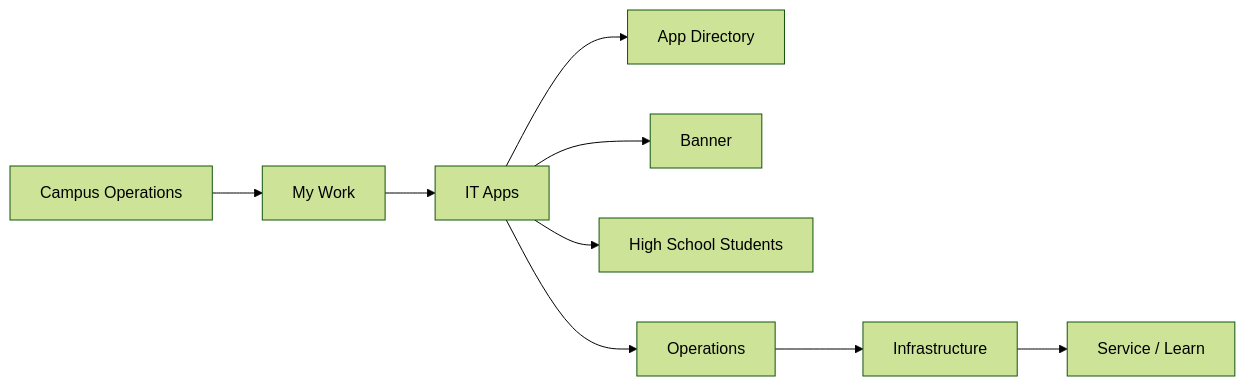
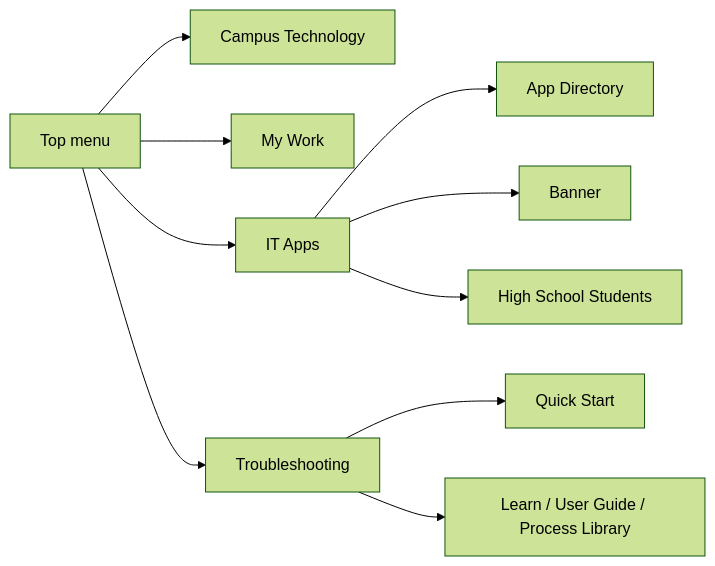
Before and after one commit to OlderschCoder/Network-Insight-Hub: the second of 2 diagrams in docs/campus-operations-navigation.md, drawn with Mermaid (forest theme). The commit also changed other lines of this file and 17 other files, not shown here.

Commit message:
Add Quick Start and refresh Fred training

````diff
--- a/docs/campus-operations-navigation.md
+++ b/docs/campus-operations-navigation.md
@@ -25,11 +29,12 @@
 ```mermaid
 flowchart LR
-    C[Campus Operations] --> W[My Work]
-    W --> I[IT Apps]
+    M[Top menu] --> C[Campus Technology]
+    M --> W[My Work]
+    M --> I[IT Apps]
+    M --> T[Troubleshooting]
     I --> D[App Directory]
     I --> B[Banner]
     I --> H[High School Students]
-    I --> O[Operations]
-    O --> N[Infrastructure]
-    N --> L[Service / Learn]
+    T --> Q[Quick Start]
+    T --> L[Learn / User Guide / Process Library]
 ```
````
